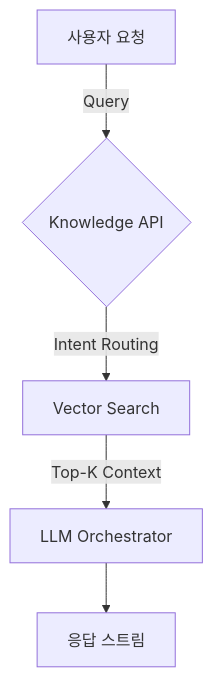
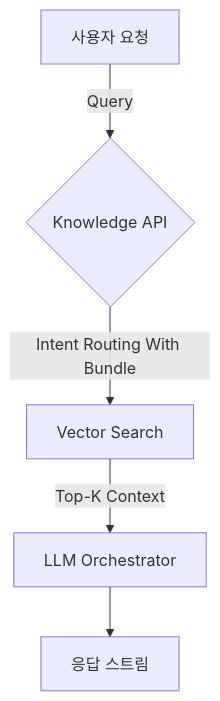
Before and after one commit to nolleh/nolleh.cloud: the second of 2 diagrams in src/lib/projects/descriptions/ko/ai.md, drawn with Mermaid. The commit also changed other lines of this file and 6 other files, not shown here.

````diff
--- a/src/lib/projects/descriptions/ko/ai.md
+++ b/src/lib/projects/descriptions/ko/ai.md
@@ -52,7 +48,7 @@
 ```mermaid
 graph TD
   A[사용자 요청] -->|Query| B{Knowledge API}
-  B -->|Intent Routing| C[Vector Search]
+  B -->|Intent Routing With Bundle| C[Vector Search]
   C -->|Top-K Context| D[LLM Orchestrator]
   D --> E[응답 스트림]
 ```
````
